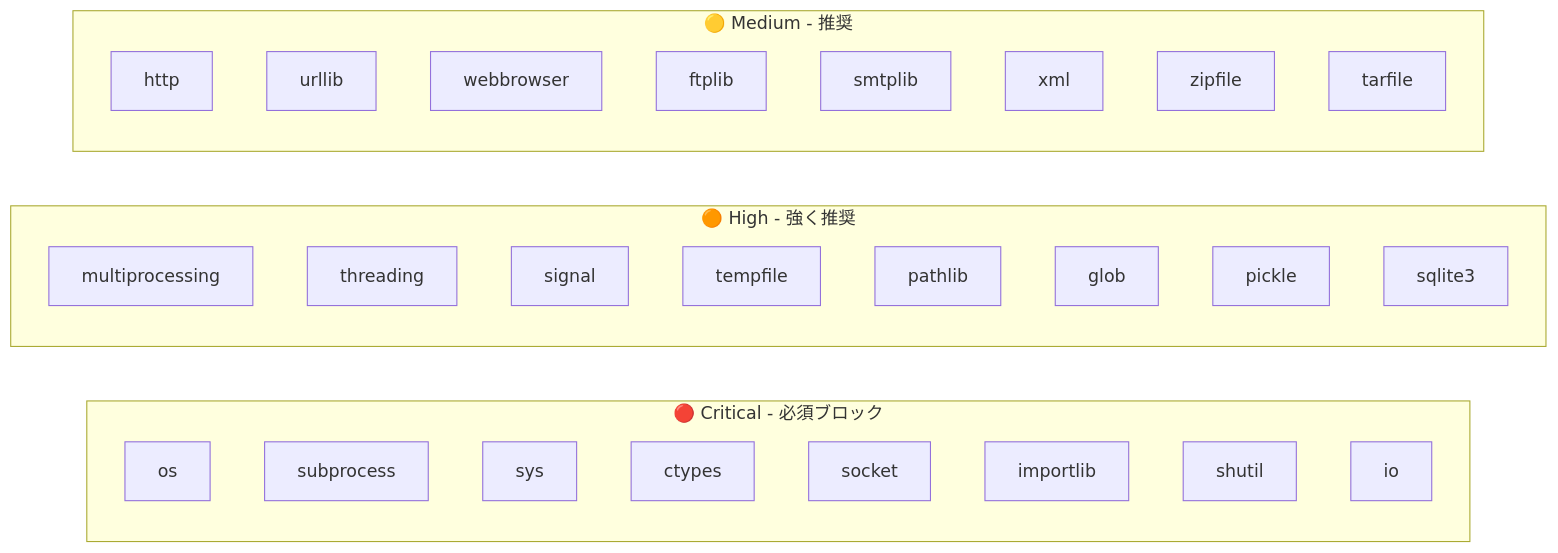
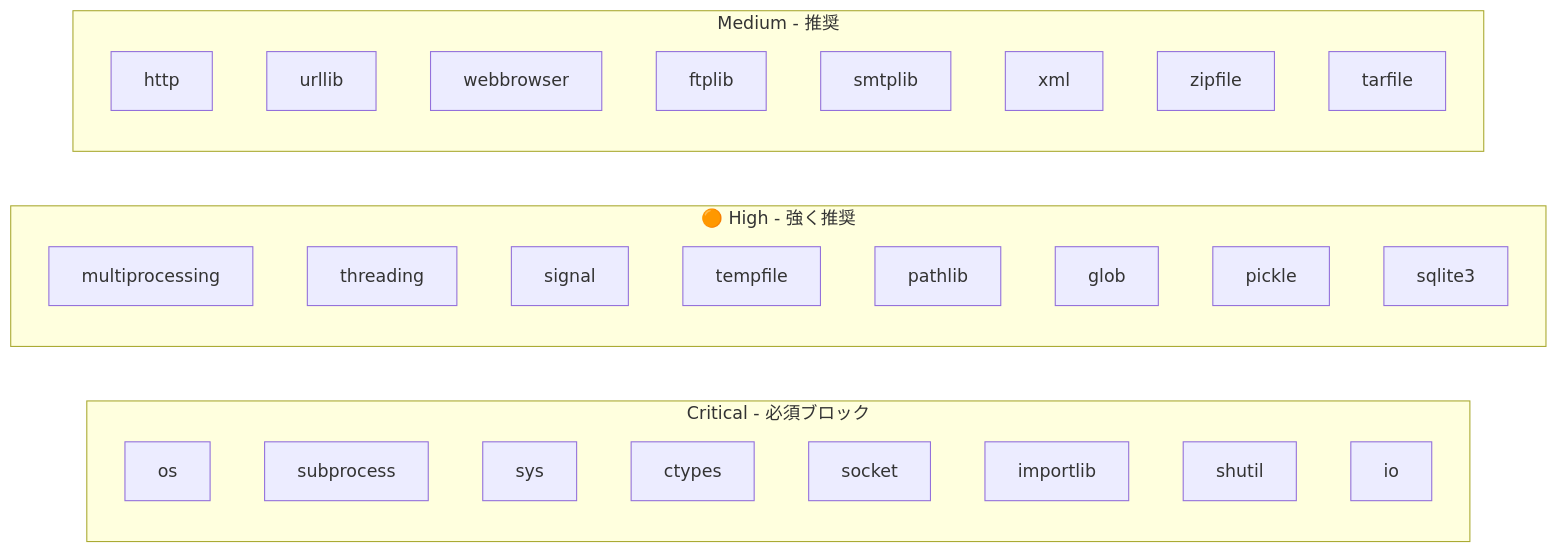
The fifth of 6 diagrams in docs/research/05-基盤・ツール/008-IronPythonサンドボックス.md (vehiclevisionjp/VehicleVision.Pleasanter.ResearchDocuments), drawn with Mermaid before and after one commit. The commit also changed other lines of this file and 15 other files, not shown here.

````diff
--- a/docs/research/05-基盤・ツール/008-IronPythonサンドボックス.md
+++ b/docs/research/05-基盤・ツール/008-IronPythonサンドボックス.md
@@ -627,35 +627,35 @@
 ```mermaid
 flowchart LR
-    subgraph Critical["🔴 Critical - 必須ブロック"]
+    subgraph Critical["Critical - 必須ブロック"]
         os["os"]
         subprocess["subprocess"]
         sys_mod["sys"]
         ctypes["ctypes"]
         socket["socket"]
         importlib["importlib"]
         shutil["shutil"]
         io_mod["io"]
     end
 
     subgraph High["🟠 High - 強く推奨"]
         multiprocessing["multiprocessing"]
         threading["threading"]
         signal["signal"]
         tempfile["tempfile"]
         pathlib["pathlib"]
         glob_mod["glob"]
         pickle_mod["pickle"]
         sqlite3["sqlite3"]
     end
 
-    subgraph Medium["🟡 Medium - 推奨"]
+    subgraph Medium["Medium - 推奨"]
         http_mod["http"]
         urllib_mod["urllib"]
         webbrowser["webbrowser"]
         ftplib_mod["ftplib"]
         smtplib_mod["smtplib"]
         xml_mod["xml"]
         zipfile_mod["zipfile"]
         tarfile_mod["tarfile"]
     end
 ```
````
